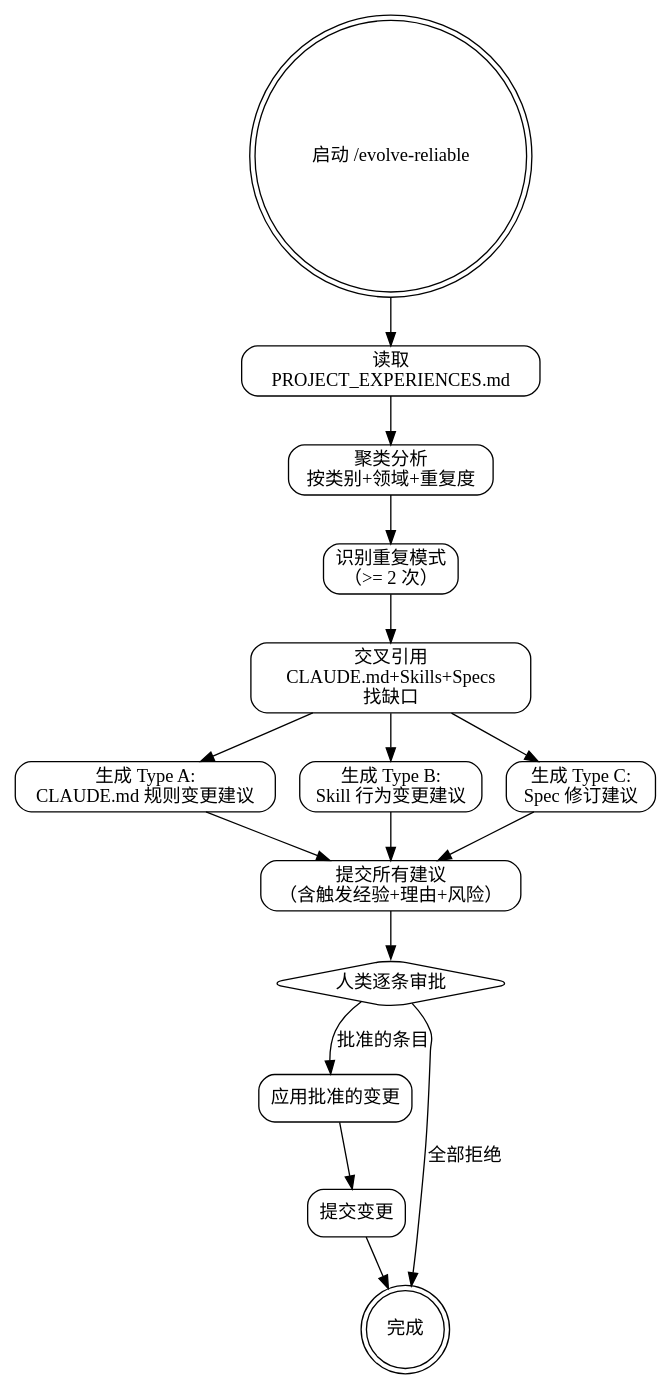
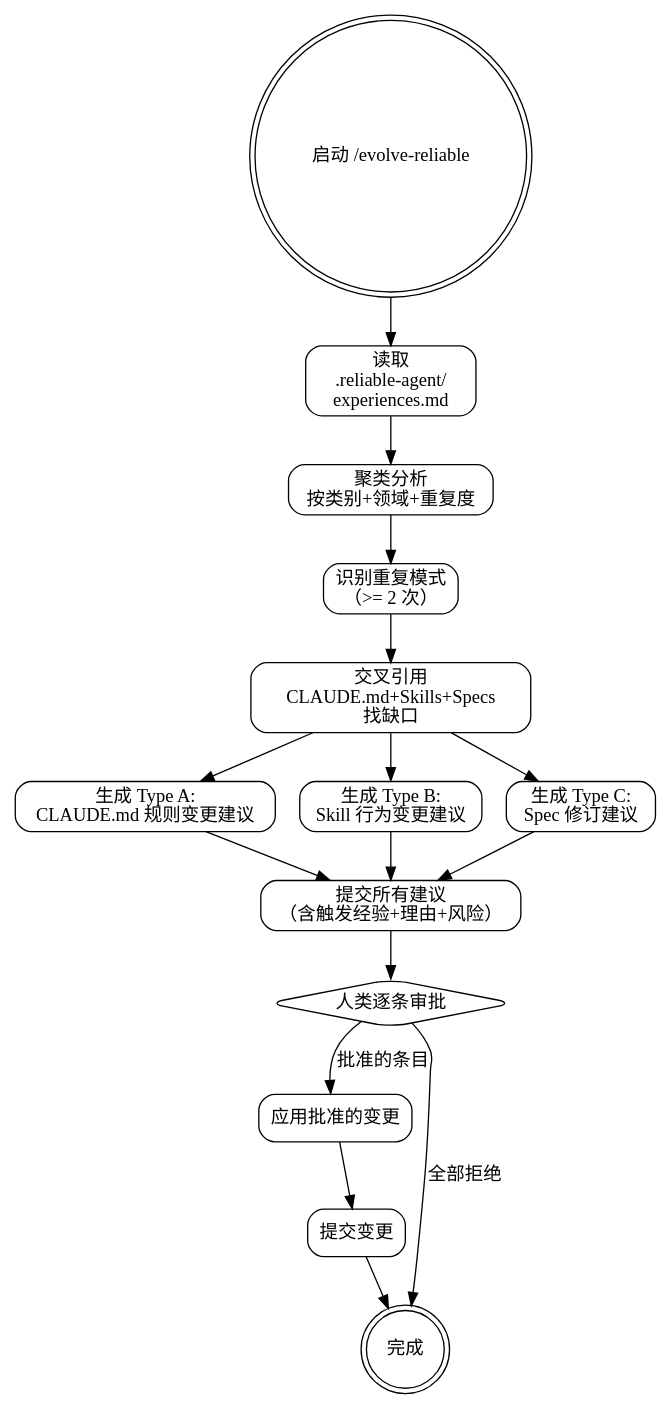
Before and after one commit to sueichen/reliable-agent: the diagram in skills/reliable-evolve/SKILL.md, drawn with Graphviz. The commit also changed other lines of this file and 14 other files, not shown here.

First line of the commit message:
refactor: isolate generated artifacts into .reliable-agent/ directory

````diff
--- a/skills/reliable-evolve/SKILL.md
+++ b/skills/reliable-evolve/SKILL.md
@@ -27,36 +27,36 @@
 ```dot
 digraph reliable_evolve {
     rankdir=TB;
     node [shape=box, style=rounded];
 
     start [label="启动 /evolve-reliable", shape=doublecircle];
-    load [label="读取\nPROJECT_EXPERIENCES.md"];
+    load [label="读取\n.reliable-agent/\nexperiences.md"];
     cluster [label="聚类分析\n按类别+领域+重复度"];
     identify [label="识别重复模式\n（>= 2 次）"];
     cross_ref [label="交叉引用\nCLAUDE.md+Skills+Specs\n找缺口"];
     gen_a [label="生成 Type A:\nCLAUDE.md 规则变更建议"];
     gen_b [label="生成 Type B:\nSkill 行为变更建议"];
     gen_c [label="生成 Type C:\nSpec 修订建议"];
     present [label="提交所有建议\n（含触发经验+理由+风险）"];
     human_review [label="人类逐条审批", shape=diamond];
     apply [label="应用批准的变更"];
     commit [label="提交变更"];
     done [label="完成", shape=doublecircle];
 
     start -> load;
     load -> cluster;
     cluster -> identify;
     identify -> cross_ref;
     cross_ref -> gen_a;
     cross_ref -> gen_b;
     cross_ref -> gen_c;
     gen_a -> present;
     gen_b -> present;
     gen_c -> present;
     present -> human_review;
     human_review -> apply [label="批准的条目"];
     human_review -> done [label="全部拒绝"];
     apply -> commit;
     commit -> done;
 }
 ```
````
